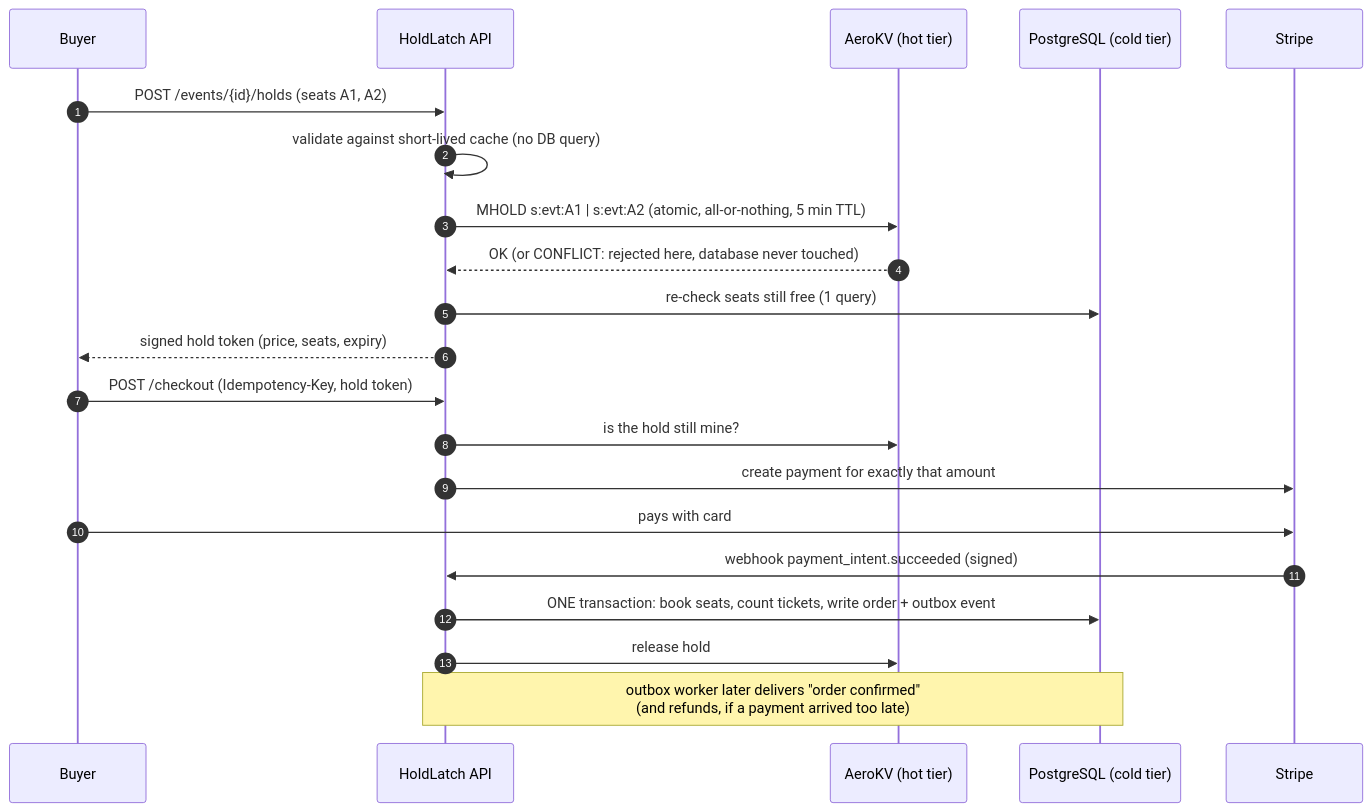
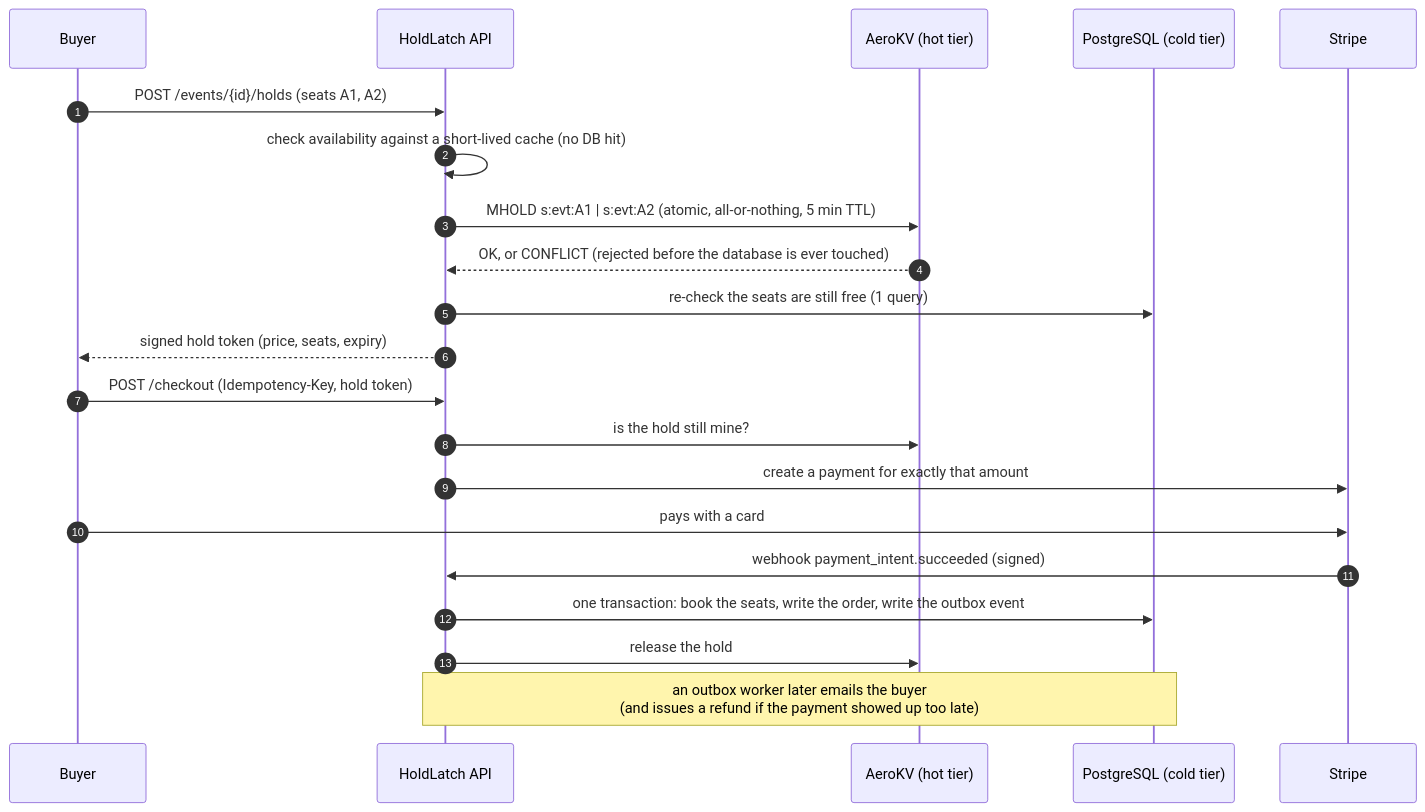
One commit to meetcodesjava/holdlatch changed the diagram in README.md. Above: the diagram before and after it, drawn with Mermaid. The commit also changed other lines of this file and 1 other file, not shown here.

````diff
--- a/README.md
+++ b/README.md
@@ -14,24 +25,24 @@
 ```mermaid
 sequenceDiagram
     autonumber
     participant B as Buyer
     participant H as HoldLatch API
     participant K as AeroKV (hot tier)
     participant D as PostgreSQL (cold tier)
     participant S as Stripe
 
     B->>H: POST /events/{id}/holds  (seats A1, A2)
-    H->>H: validate against short-lived cache (no DB query)
+    H->>H: check availability against a short-lived cache (no DB hit)
     H->>K: MHOLD s:evt:A1 | s:evt:A2  (atomic, all-or-nothing, 5 min TTL)
-    K-->>H: OK  (or CONFLICT: rejected here, database never touched)
-    H->>D: re-check seats still free (1 query)
+    K-->>H: OK, or CONFLICT (rejected before the database is ever touched)
+    H->>D: re-check the seats are still free (1 query)
     H-->>B: signed hold token (price, seats, expiry)
     B->>H: POST /checkout  (Idempotency-Key, hold token)
     H->>K: is the hold still mine?
-    H->>S: create payment for exactly that amount
-    B->>S: pays with card
+    H->>S: create a payment for exactly that amount
+    B->>S: pays with a card
     S->>H: webhook payment_intent.succeeded (signed)
-    H->>D: ONE transaction: book seats, count tickets, write order + outbox event
-    H->>K: release hold
-    Note over H,D: outbox worker later delivers "order confirmed"<br/>(and refunds, if a payment arrived too late)
+    H->>D: one transaction: book the seats, write the order, write the outbox event
+    H->>K: release the hold
+    Note over H,D: an outbox worker later emails the buyer<br/>(and issues a refund if the payment showed up too late)
 ```
````
